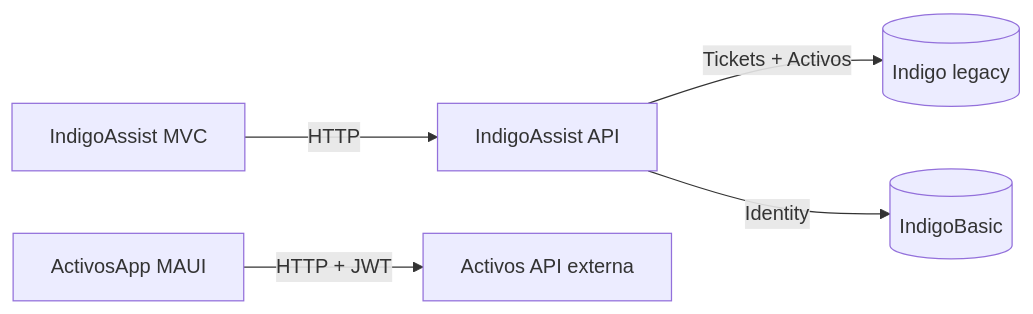
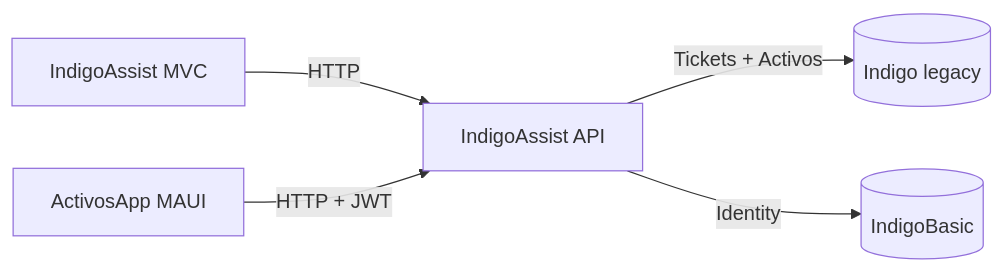
One commit to Jcarrazco/Proyecto_Diplomado_NET changed the first of 3 diagrams in README.md. Above: the diagram before and after it, drawn with Mermaid.

Commit message:
Fix API reference for ActivosApp MAUI in README
Updated flowchart to reflect correct API usage for MAUI.

````diff
--- a/README.md
+++ b/README.md
@@ -18,7 +18,7 @@
 ```mermaid
 flowchart LR
   MVC[IndigoAssist MVC] -->|HTTP| API[IndigoAssist API]
   API -->|Tickets + Activos| INDIGO[(Indigo legacy)]
   API -->|Identity| BASIC[(IndigoBasic)]
-  MAUI[ActivosApp MAUI] -->|HTTP + JWT| API_MAUI[Activos API externa]
+  MAUI[ActivosApp MAUI] -->|HTTP + JWT| API[IndigoAssist API]
 ```
````
